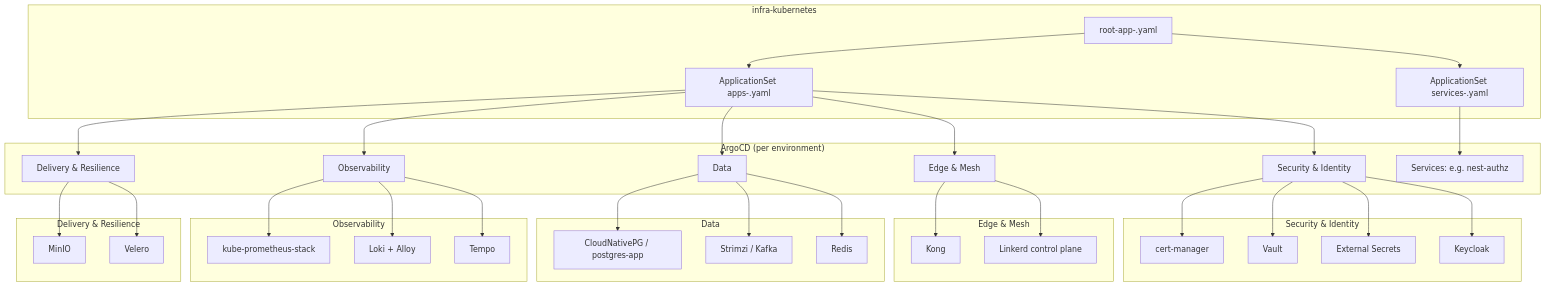
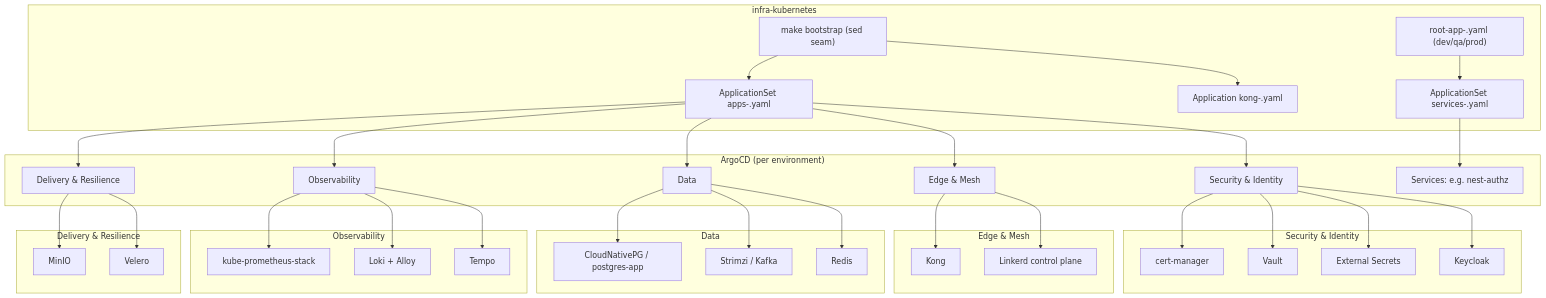
One commit to sca-templates/infra-kubernetes changed the first of 3 diagrams in docs/architecture.md. Above: the diagram before and after it, drawn with Mermaid. The commit also changed other lines of this file and 61 other files, not shown here.

````diff
--- a/docs/architecture.md
+++ b/docs/architecture.md
@@ -38,39 +42,40 @@
 ```mermaid
 graph TD
     subgraph Git["infra-kubernetes"]
-        A["root-app-<env>.yaml"] --> B["ApplicationSet apps-<env>.yaml"]
-        A --> S["ApplicationSet services-<env>.yaml"]
+        MK["make bootstrap (sed seam)"] --> B["ApplicationSet apps-<env>.yaml"]
+        MK --> K["Application kong-<env>.yaml"]
+        A["root-app-<env>.yaml (dev/qa/prod)"] --> S["ApplicationSet services-<env>.yaml"]
     end
     subgraph ArgoCD["ArgoCD (per environment)"]
         B --> C[Security & Identity]
         B --> D[Edge & Mesh]
         B --> E[Data]
         B --> F[Observability]
         B --> G[Delivery & Resilience]
         S --> SR[Services: e.g. nest-authz]
     end
     subgraph Security["Security & Identity"]
         C --> C1[cert-manager]
         C --> C2[Vault]
         C --> C3[External Secrets]
         C --> C4[Keycloak]
     end
     subgraph Edge["Edge & Mesh"]
         D --> D1[Kong]
         D --> D2[Linkerd control plane]
     end
     subgraph Data["Data"]
         E --> E1[CloudNativePG / postgres-app]
         E --> E2[Strimzi / Kafka]
         E --> E3[Redis]
     end
     subgraph Obs["Observability"]
         F --> F1[kube-prometheus-stack]
         F --> F2[Loki + Alloy]
         F --> F3[Tempo]
     end
     subgraph Delivery["Delivery & Resilience"]
         G --> G1[MinIO]
         G --> G2[Velero]
     end
 ```
````
